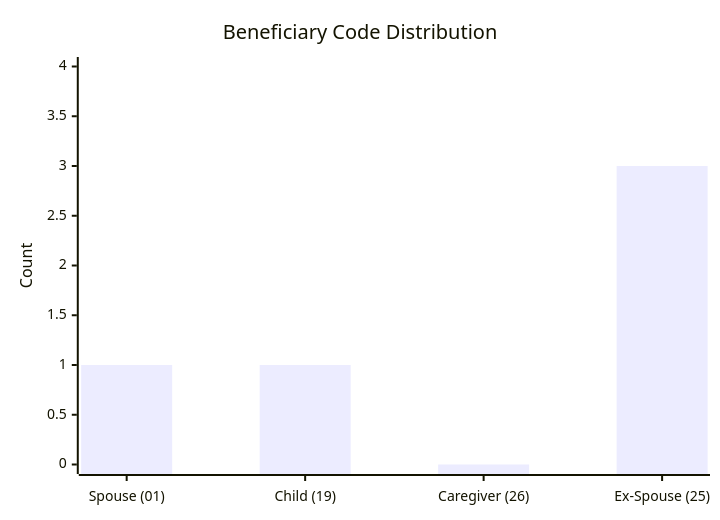
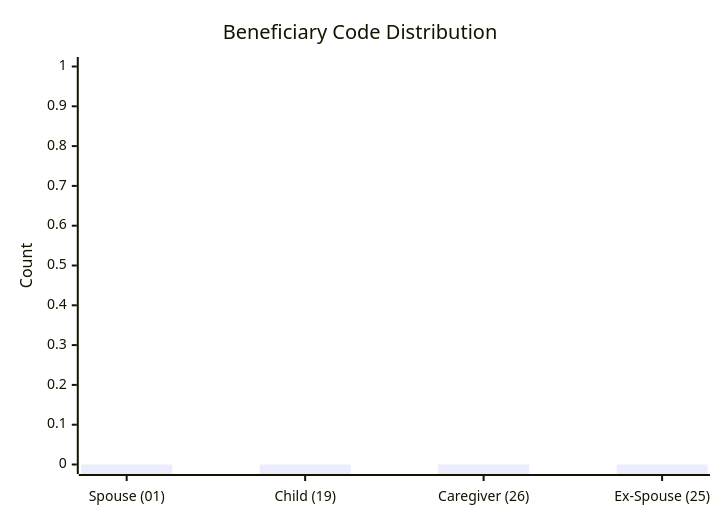
Before and after one commit to dhagan-va/intern-2025: the seventh of 10 diagrams in test-tools/DataGen/src/Statistics_Visualizer.md, drawn with Mermaid. The commit also changed other lines of this file and 6 other files, not shown here.

````diff
--- a/test-tools/DataGen/src/Statistics_Visualizer.md
+++ b/test-tools/DataGen/src/Statistics_Visualizer.md
@@ -77,7 +77,7 @@
 ```mermaid
 xychart-beta
     title "Beneficiary Code Distribution"
     x-axis ["Spouse (01)", "Child (19)", "Caregiver (26)", "Ex-Spouse (25)"]
-    y-axis "Count" 0 --> 4
-    bar [1, 1, 0, 3]
+    y-axis "Count" 0 --> 1
+    bar [0, 0, 0, 0]
 ```
````
